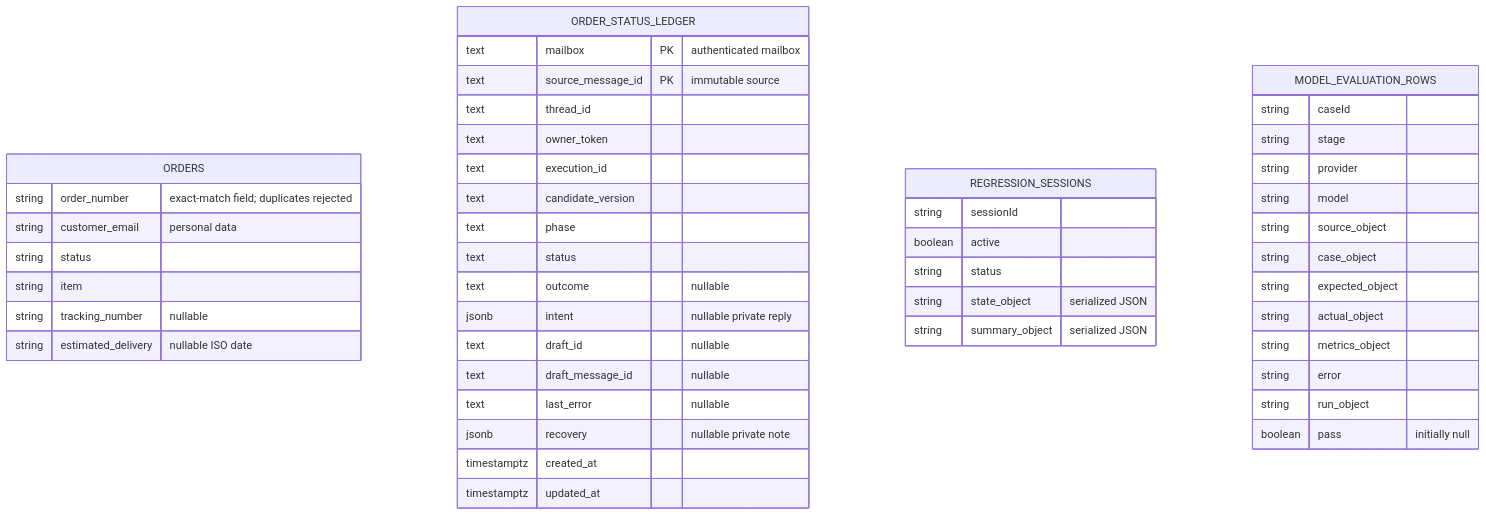
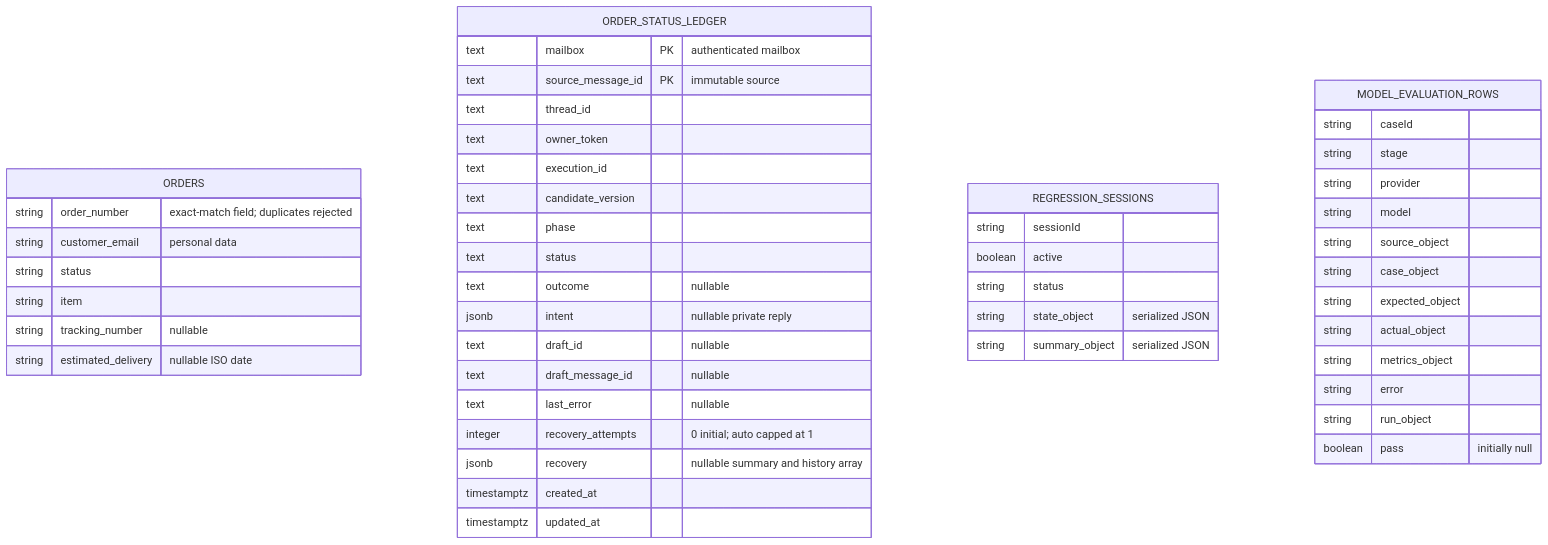
One commit to mickoSugianto/n8n-OrderStatusReplyDrafter changed the fifth of 8 diagrams in docs/system-design.md. Above: the diagram before and after it, drawn with Mermaid. The commit also changed other lines of this file and 11 other files, not shown here.

````diff
--- a/docs/system-design.md
+++ b/docs/system-design.md
@@ -378,50 +378,51 @@
 ```mermaid
 erDiagram
   ORDERS {
     string order_number "exact-match field; duplicates rejected"
     string customer_email "personal data"
     string status
     string item
     string tracking_number "nullable"
     string estimated_delivery "nullable ISO date"
   }
   ORDER_STATUS_LEDGER {
     text mailbox PK "authenticated mailbox"
     text source_message_id PK "immutable source"
     text thread_id
     text owner_token
     text execution_id
     text candidate_version
     text phase
     text status
     text outcome "nullable"
     jsonb intent "nullable private reply"
     text draft_id "nullable"
     text draft_message_id "nullable"
     text last_error "nullable"
-    jsonb recovery "nullable private note"
+    integer recovery_attempts "0 initial; auto capped at 1"
+    jsonb recovery "nullable summary and history array"
     timestamptz created_at
     timestamptz updated_at
   }
   REGRESSION_SESSIONS {
     string sessionId
     boolean active
     string status
     string state_object "serialized JSON"
     string summary_object "serialized JSON"
   }
   MODEL_EVALUATION_ROWS {
     string caseId
     string stage
     string provider
     string model
     string source_object
     string case_object
     string expected_object
     string actual_object
     string metrics_object
     string error
     string run_object
     boolean pass "initially null"
   }
 ```
````
